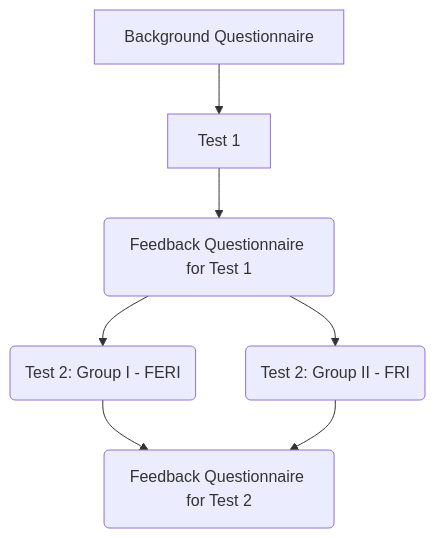
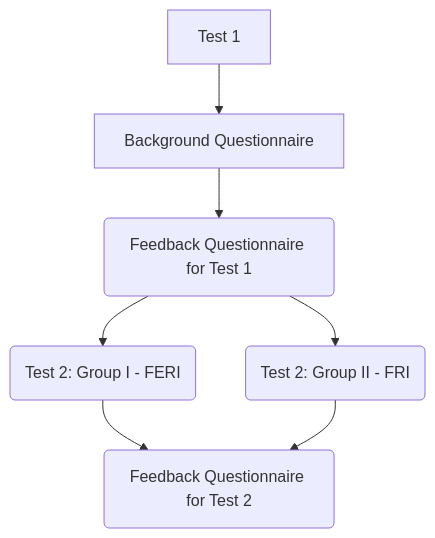
The diagram in README.md (slivnik/AG_experiement2022), drawn with Mermaid before and after one commit.

Commit message:
Description (minor correction).

````diff
--- a/README.md
+++ b/README.md
@@ -17,9 +17,9 @@
 ```mermaid
 graph
-A[Background Questionnaire] --> B[Test 1]
+A[Test 1] --> B[Background Questionnaire]
 B --> C(Feedback Questionnaire for Test 1)
 C --> D(Test 2: Group I - FERI)
 C --> E(Test 2: Group II - FRI)
 D --> F(Feedback Questionnaire for Test 2)
 E --> F
 ```
````
